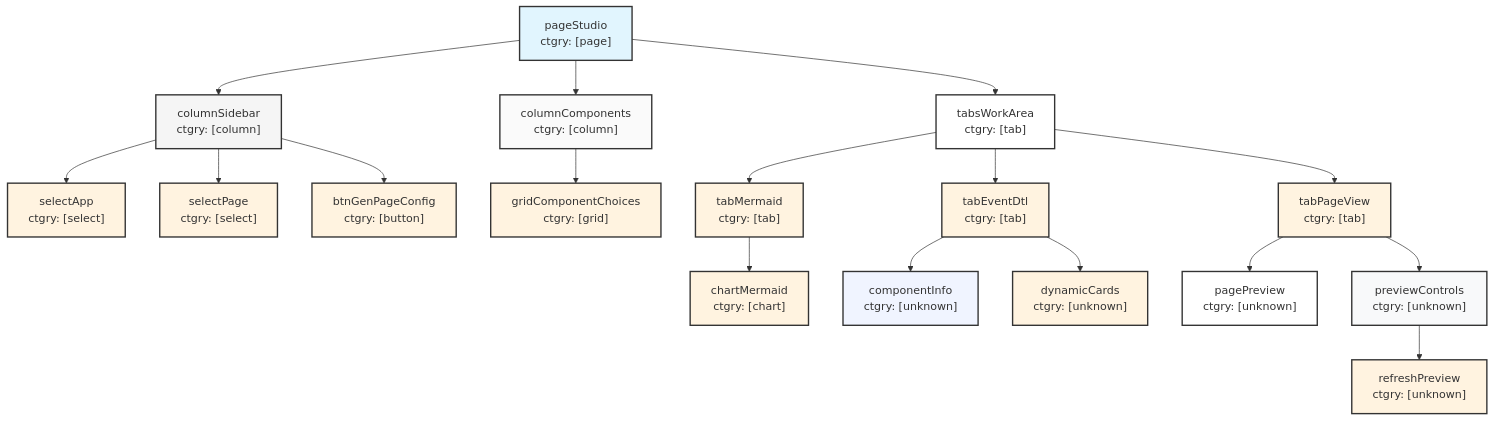
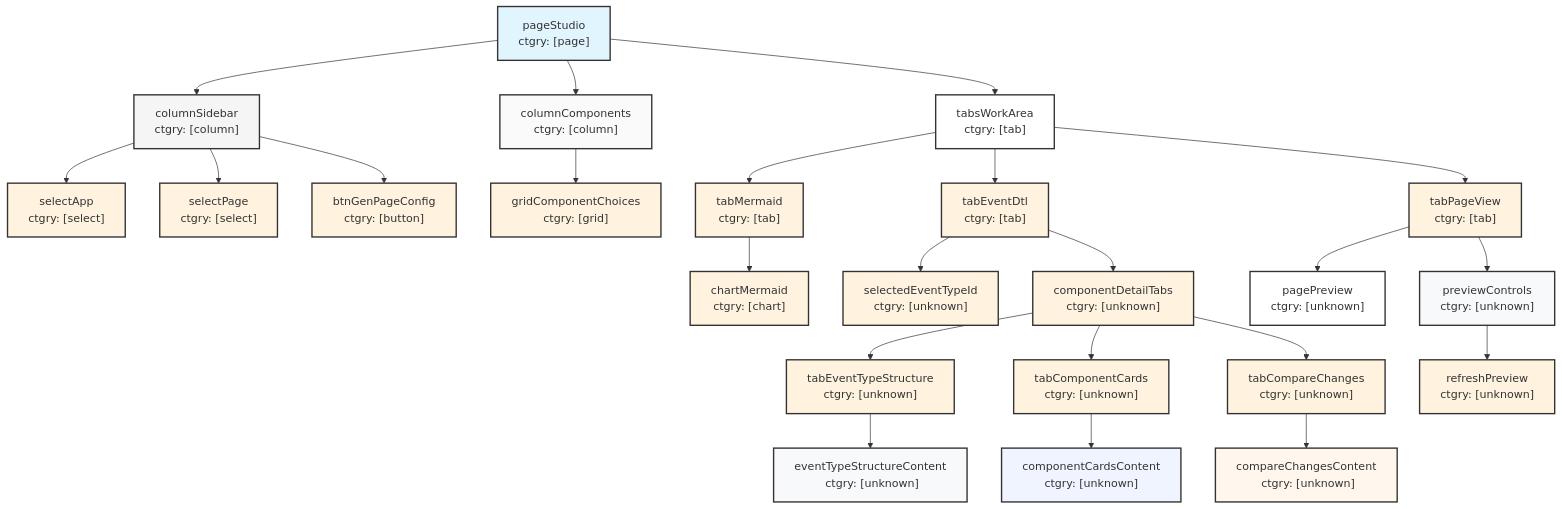
Before and after one commit to pchambless/wf-monorepo: the diagram in apps/wf-studio/src/apps/studio/pages/Studio/pageMermaid.mmd, drawn with Mermaid. The commit also changed 30 other files, not shown here.

```diff
--- a/apps/wf-studio/src/apps/studio/pages/Studio/pageMermaid.mmd
+++ b/apps/wf-studio/src/apps/studio/pages/Studio/pageMermaid.mmd
@@ -1,90 +1,120 @@
 graph TD
 
     pageStudio["pageStudio
  ctgry: [page]"]
     columnSidebar["columnSidebar
  ctgry: [column]"]
     pageStudio --> columnSidebar
     selectApp["selectApp
  ctgry: [select]"]
     columnSidebar --> selectApp
     selectPage["selectPage
  ctgry: [select]"]
     columnSidebar --> selectPage
     btnGenPageConfig["btnGenPageConfig
  ctgry: [button]"]
     columnSidebar --> btnGenPageConfig
     columnComponents["columnComponents
  ctgry: [column]"]
     pageStudio --> columnComponents
     gridComponentChoices["gridComponentChoices
  ctgry: [grid]"]
     columnComponents --> gridComponentChoices
     tabsWorkArea["tabsWorkArea
  ctgry: [tab]"]
     pageStudio --> tabsWorkArea
     tabMermaid["tabMermaid
  ctgry: [tab]"]
     tabsWorkArea --> tabMermaid
     chartMermaid["chartMermaid
  ctgry: [chart]"]
     tabMermaid --> chartMermaid
     tabEventDtl["tabEventDtl
  ctgry: [tab]"]
     tabsWorkArea --> tabEventDtl
-    componentInfo["componentInfo
+    selectedEventTypeId["selectedEventTypeId
  ctgry: [unknown]"]
-    tabEventDtl --> componentInfo
-    dynamicCards["dynamicCards
+    tabEventDtl --> selectedEventTypeId
+    componentDetailTabs["componentDetailTabs
  ctgry: [unknown]"]
-    tabEventDtl --> dynamicCards
+    tabEventDtl --> componentDetailTabs
+    tabEventTypeStructure["tabEventTypeStructure
+ ctgry: [unknown]"]
+    componentDetailTabs --> tabEventTypeStructure
+    eventTypeStructureContent["eventTypeStructureContent
+ ctgry: [unknown]"]
+    tabEventTypeStructure --> eventTypeStructureContent
+    tabComponentCards["tabComponentCards
+ ctgry: [unknown]"]
+    componentDetailTabs --> tabComponentCards
+    componentCardsContent["componentCardsContent
+ ctgry: [unknown]"]
+    tabComponentCards --> componentCardsContent
+    tabCompareChanges["tabCompareChanges
+ ctgry: [unknown]"]
+    componentDetailTabs --> tabCompareChanges
+    compareChangesContent["compareChangesContent
+ ctgry: [unknown]"]
+    tabCompareChanges --> compareChangesContent
     tabPageView["tabPageView
  ctgry: [tab]"]
     tabsWorkArea --> tabPageView
     pagePreview["pagePreview
  ctgry: [unknown]"]
     tabPageView --> pagePreview
     previewControls["previewControls
  ctgry: [unknown]"]
     tabPageView --> previewControls
     refreshPreview["refreshPreview
  ctgry: [unknown]"]
     previewControls --> refreshPreview
 
     %% Individual component styling
     style pageStudio fill:#e1f5fe,stroke:#333,stroke-width:2px;
     style columnSidebar fill:#f5f5f5,stroke:#333,stroke-width:2px;
     style selectApp fill:#fff3e0,stroke:#333,stroke-width:2px;
     style selectPage fill:#fff3e0,stroke:#333,stroke-width:2px;
     style btnGenPageConfig fill:#fff3e0,stroke:#333,stroke-width:2px;
     style columnComponents fill:#fafafa,stroke:#333,stroke-width:2px;
     style gridComponentChoices fill:#fff3e0,stroke:#333,stroke-width:2px;
     style tabsWorkArea fill:#ffffff,stroke:#333,stroke-width:2px;
     style tabMermaid fill:#fff3e0,stroke:#333,stroke-width:2px;
     style chartMermaid fill:#fff3e0,stroke:#333,stroke-width:2px;
     style tabEventDtl fill:#fff3e0,stroke:#333,stroke-width:2px;
-    style componentInfo fill:#f0f4ff,stroke:#333,stroke-width:2px;
-    style dynamicCards fill:#fff3e0,stroke:#333,stroke-width:2px;
+    style selectedEventTypeId fill:#fff3e0,stroke:#333,stroke-width:2px;
+    style componentDetailTabs fill:#fff3e0,stroke:#333,stroke-width:2px;
+    style tabEventTypeStructure fill:#fff3e0,stroke:#333,stroke-width:2px;
+    style eventTypeStructureContent fill:#f8f9fa,stroke:#333,stroke-width:2px;
+    style tabComponentCards fill:#fff3e0,stroke:#333,stroke-width:2px;
+    style componentCardsContent fill:#f0f4ff,stroke:#333,stroke-width:2px;
+    style tabCompareChanges fill:#fff3e0,stroke:#333,stroke-width:2px;
+    style compareChangesContent fill:#fff7ed,stroke:#333,stroke-width:2px;
     style tabPageView fill:#fff3e0,stroke:#333,stroke-width:2px;
     style pagePreview fill:#ffffff,stroke:#333,stroke-width:2px;
     style previewControls fill:#f8f9fa,stroke:#333,stroke-width:2px;
     style refreshPreview fill:#fff3e0,stroke:#333,stroke-width:2px;
 
     %% Click handlers for Studio integration
     click pageStudio href "javascript:window.selectEventTypeTab('pageStudio')"
     click columnSidebar href "javascript:window.selectEventTypeTab('columnSidebar')"
     click selectApp href "javascript:window.selectEventTypeTab('selectApp')"
     click selectPage href "javascript:window.selectEventTypeTab('selectPage')"
     click btnGenPageConfig href "javascript:window.selectEventTypeTab('btnGenPageConfig')"
     click columnComponents href "javascript:window.selectEventTypeTab('columnComponents')"
     click gridComponentChoices href "javascript:window.selectEventTypeTab('gridComponentChoices')"
     click tabsWorkArea href "javascript:window.selectEventTypeTab('tabsWorkArea')"
     click tabMermaid href "javascript:window.selectEventTypeTab('tabMermaid')"
     click chartMermaid href "javascript:window.selectEventTypeTab('chartMermaid')"
     click tabEventDtl href "javascript:window.selectEventTypeTab('tabEventDtl')"
-    click componentInfo href "javascript:window.selectEventTypeTab('componentInfo')"
-    click dynamicCards href "javascript:window.selectEventTypeTab('dynamicCards')"
+    click selectedEventTypeId href "javascript:window.selectEventTypeTab('selectedEventTypeId')"
+    click componentDetailTabs href "javascript:window.selectEventTypeTab('componentDetailTabs')"
+    click tabEventTypeStructure href "javascript:window.selectEventTypeTab('tabEventTypeStructure')"
+    click eventTypeStructureContent href "javascript:window.selectEventTypeTab('eventTypeStructureContent')"
+    click tabComponentCards href "javascript:window.selectEventTypeTab('tabComponentCards')"
+    click componentCardsContent href "javascript:window.selectEventTypeTab('componentCardsContent')"
+    click tabCompareChanges href "javascript:window.selectEventTypeTab('tabCompareChanges')"
+    click compareChangesContent href "javascript:window.selectEventTypeTab('compareChangesContent')"
     click tabPageView href "javascript:window.selectEventTypeTab('tabPageView')"
     click pagePreview href "javascript:window.selectEventTypeTab('pagePreview')"
     click previewControls href "javascript:window.selectEventTypeTab('previewControls')"
     click refreshPreview href "javascript:window.selectEventTypeTab('refreshPreview')"
```
